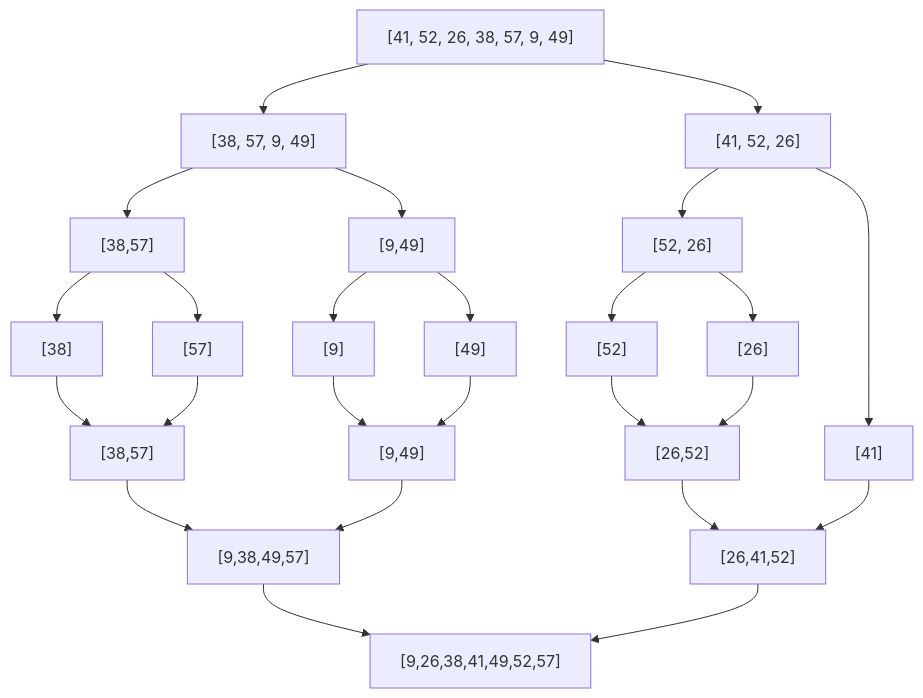
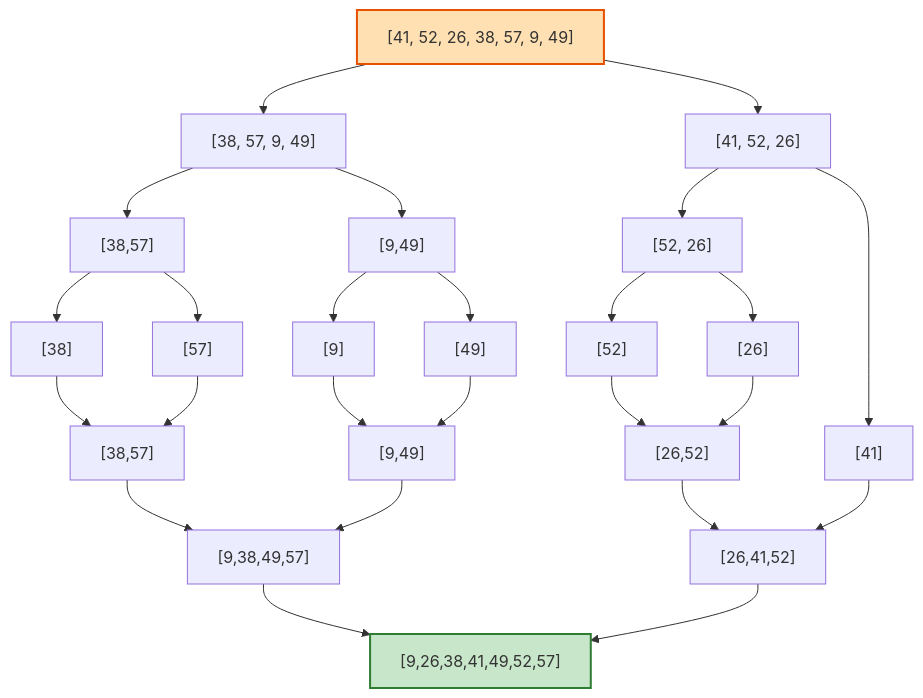
One commit to Theodemo/DAT600 changed the diagram in cours/cour_2.md. Above: the diagram before and after it, drawn with Mermaid. The commit also changed other lines of this file and 2 other files, not shown here.

````diff
--- a/cours/cour_2.md
+++ b/cours/cour_2.md
@@ -491,37 +501,38 @@
 ```mermaid
 graph TD;
-
+    style 1 fill:#ffe0b2,stroke:#e65100,stroke-width:2px
+    style F fill:#c8e6c9,stroke:#2e7d32,stroke-width:2px
     1["[41, 52, 26, 38, 57, 9, 49]"] --> A2.1["[41, 52, 26]"]
     1 --> B2.2["[38, 57, 9, 49]"]
     
     A2.1 --> A3.1["[41]"]
     A2.1 --> A3.2["[52, 26]"]
 
     A3.2 --> A4.1["[52]"]
     A3.2 --> A4.2["[26]"]
 
     A4.1 --> A5.1["[26,52]"]
     A5.1 --> A6.1["[26,41,52]"]
     A4.2 --> A5.1
     A3.1 --> A6.1
 
     B2.2 --> B3.1["[38,57]"]
     B2.2 --> B3.2["[9,49]"]
 
     B3.1 --> B4.1["[38]"]
     B3.1 --> B4.2["[57]"]
     B3.2 --> B4.3["[9]"]
     B3.2 --> B4.4["[49]"]
 
     B4.1 --> B5.1["[38,57]"]
     B4.2 --> B5.1
     B4.3 --> B5.2["[9,49]"]
     B4.4 --> B5.2
 
     B5.1 --> B6.1["[9,38,49,57]"]
     B5.2 -->B6.1
 
     B6.1 --> F["[9,26,38,41,49,52,57]"]
     A6.1 --> F
 
 ```
````
